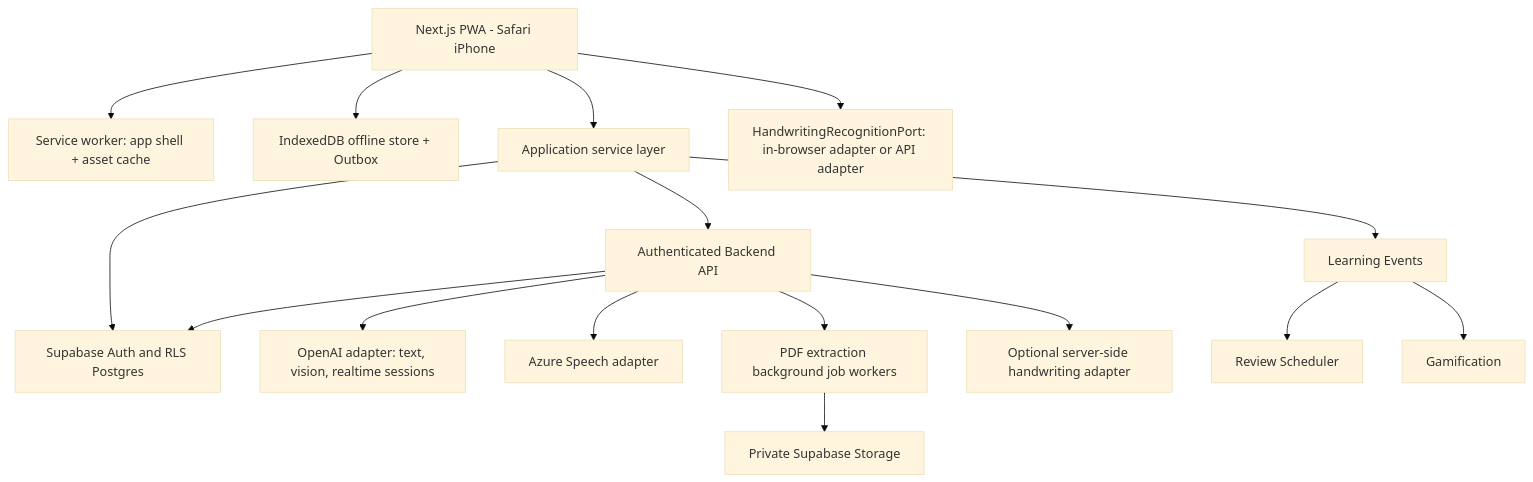
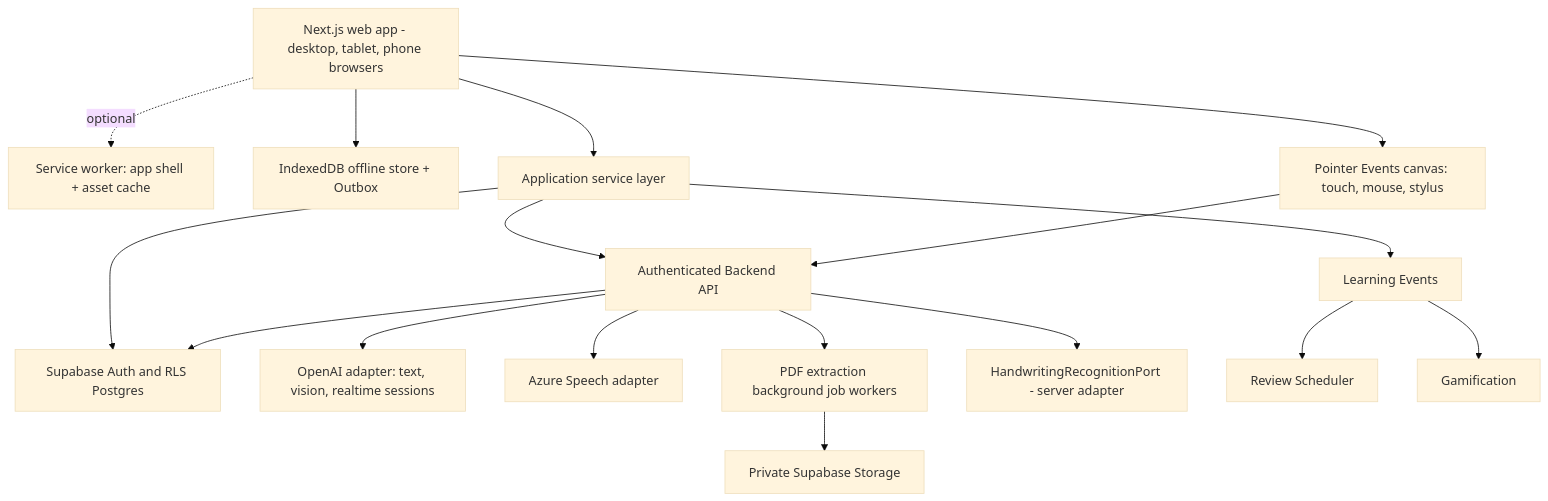
Before and after one commit to dorai4vn/mandarin-ai: the diagram in docs/ARCHITECTURE.md, drawn with Mermaid (base theme). The commit also changed other lines of this file and 6 other files, not shown here.

First line of the commit message:
docs: set cross-platform web scope (D-028); PWA as progressive enhancement

````diff
--- a/docs/ARCHITECTURE.md
+++ b/docs/ARCHITECTURE.md
@@ -15,18 +15,19 @@
 ```mermaid
 flowchart TD
-  A[Next.js PWA - Safari iPhone] --> W[Service worker: app shell + asset cache]
+  A[Next.js web app - desktop, tablet, phone browsers] -.optional.-> W[Service worker: app shell + asset cache]
   A --> L[IndexedDB offline store + Outbox]
   A --> C[Application service layer]
   C --> D[Supabase Auth and RLS Postgres]
   C --> B[Authenticated Backend API]
   B --> O[OpenAI adapter: text, vision, realtime sessions]
   B --> Z[Azure Speech adapter]
   B --> P[PDF extraction background job workers]
   P --> S[Private Supabase Storage]
   B --> D
-  A --> I[HandwritingRecognitionPort: in-browser adapter or API adapter]
-  B --> I2[Optional server-side handwriting adapter]
+  A --> I[Pointer Events canvas: touch, mouse, stylus]
+  I --> B
+  B --> I2[HandwritingRecognitionPort - server adapter]
   C --> E[Learning Events]
   E --> R[Review Scheduler]
   E --> G[Gamification]
 ```
````
